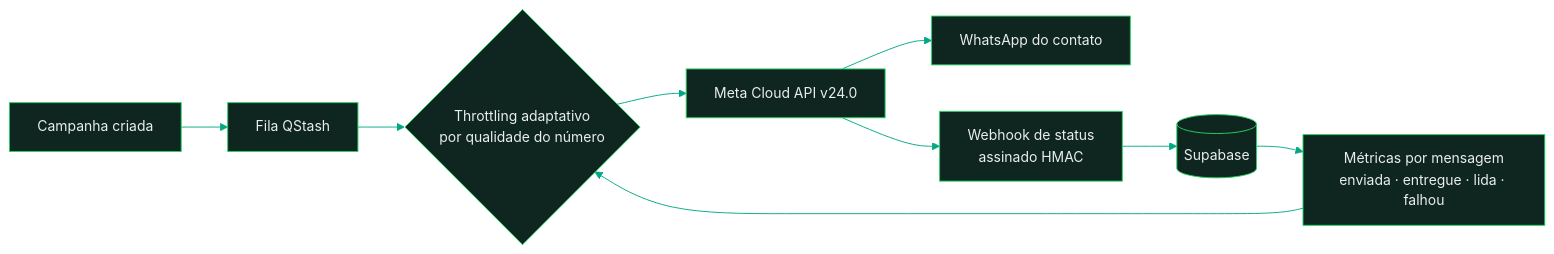
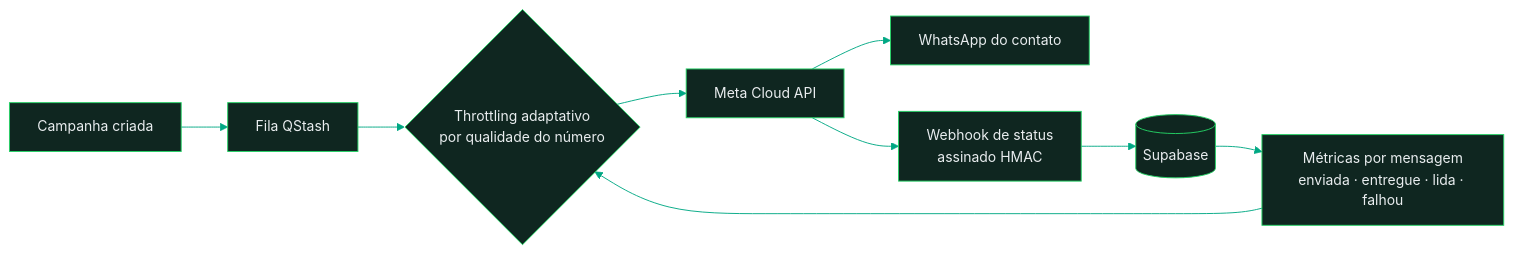
The second of 3 diagrams in docs/architecture/TOPOLOGIA.md (luizxhgomes/whatsflow-engine), drawn with Mermaid before and after one commit. The commit also changed other lines of this file and 16 other files, not shown here.

````diff
--- a/docs/architecture/TOPOLOGIA.md
+++ b/docs/architecture/TOPOLOGIA.md
@@ -77,16 +77,16 @@
 ```mermaid
 %%{init: {'theme':'base','themeVariables':{
   'background':'#0B141A','primaryColor':'#0F2620','primaryTextColor':'#E9EDEF',
   'primaryBorderColor':'#25D366','lineColor':'#00A884','secondaryColor':'#075E54',
   'tertiaryColor':'#111B21','fontSize':'15px','edgeLabelBackground':'#0B141A',
   'clusterBkg':'#111B21','clusterBorder':'#128C7E'}}}%%
 flowchart LR
     A[Campanha criada] --> B[Fila QStash]
     B --> C{"Throttling adaptativo<br/>por qualidade do número"}
-    C --> D[Meta Cloud API v24.0]
+    C --> D[Meta Cloud API]
     D --> E[WhatsApp do contato]
     D --> F["Webhook de status<br/>assinado HMAC"]
     F --> G[(Supabase)]
     G --> H["Métricas por mensagem<br/>enviada · entregue · lida · falhou"]
     H --> C
 ```
````
